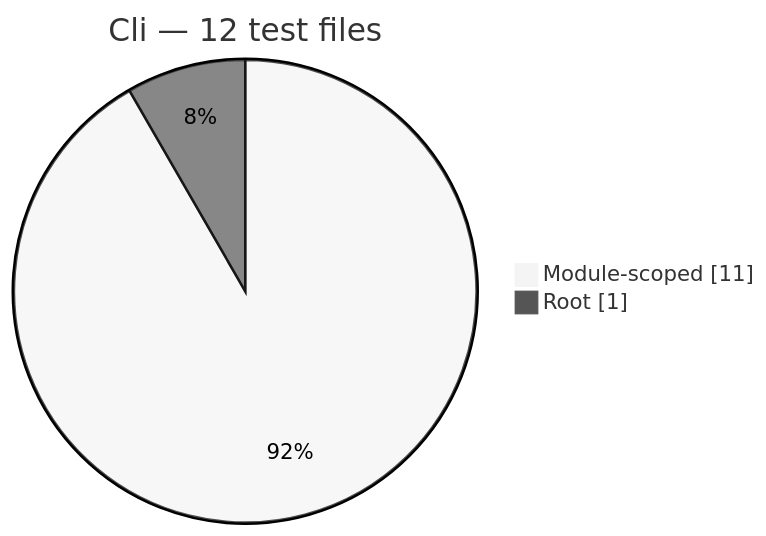
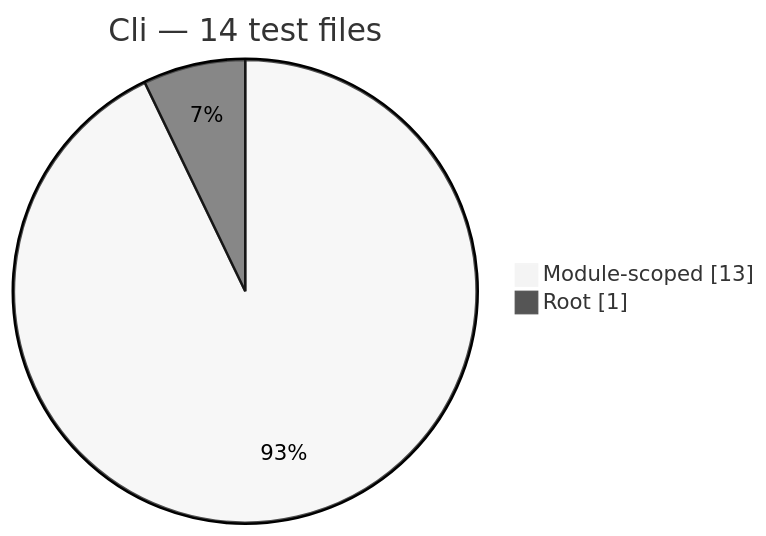
The eighth of 13 diagrams in docs/generated/test-composition.md (PHP-Arazzo/php-arazzo), drawn with Mermaid (neutral theme) before and after one commit. The commit also changed other lines of this file and 23 other files, not shown here.

Commit message:
docs(generated): sync architecture diagrams and public API reference

````diff
--- a/docs/generated/test-composition.md
+++ b/docs/generated/test-composition.md
@@ -120,6 +120,6 @@
 ```mermaid
 pie showData
-    title Cli — 12 test files
-    "Module-scoped": 11
+    title Cli — 14 test files
+    "Module-scoped": 13
     "Root": 1
 ```
````
